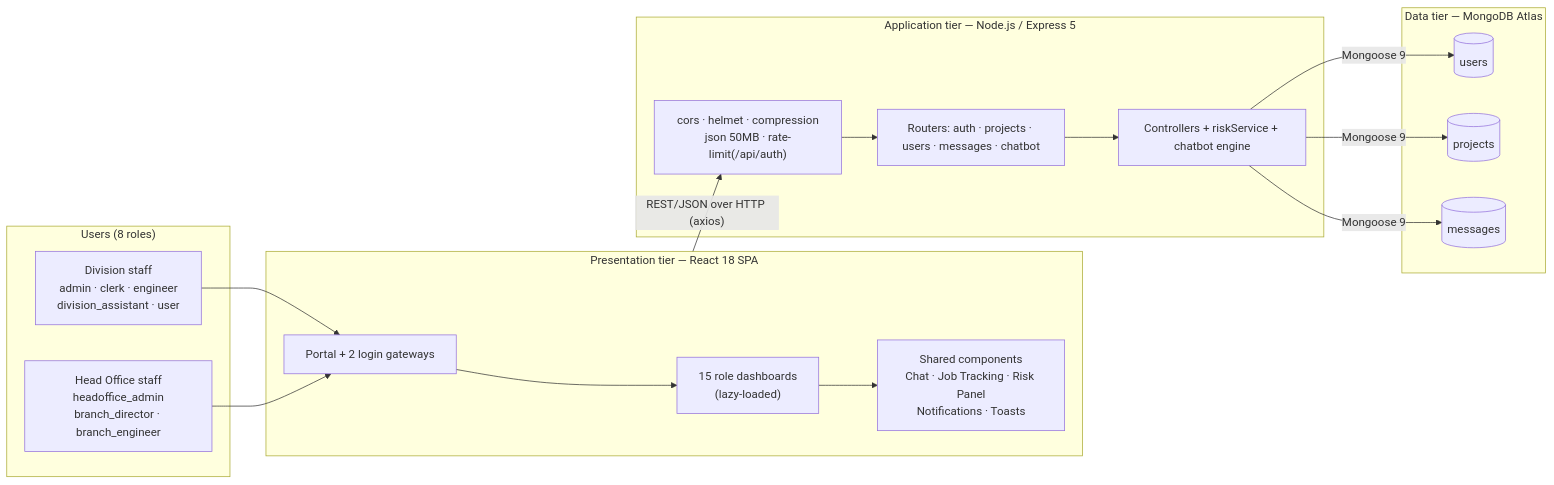
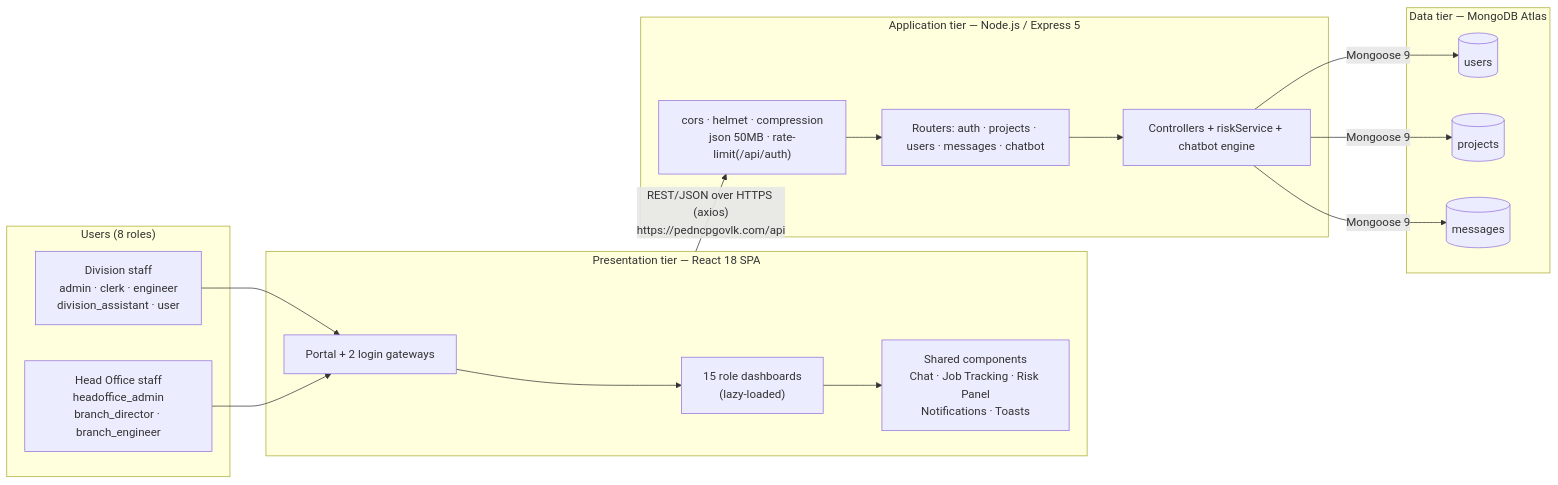
One commit to Project-Managment-System/software-engineering-project changed the first of 8 diagrams in TECHNICAL_DOCUMENTATION_EXTRACTION/15_Diagram_Specifications.md. Above: the diagram before and after it, drawn with Mermaid. The commit also changed other lines of this file and 14 other files, not shown here.

````diff
--- a/TECHNICAL_DOCUMENTATION_EXTRACTION/15_Diagram_Specifications.md
+++ b/TECHNICAL_DOCUMENTATION_EXTRACTION/15_Diagram_Specifications.md
@@ -9,27 +9,27 @@
 ```mermaid
 flowchart LR
   subgraph Users["Users (8 roles)"]
     DIV["Division staff<br/>admin · clerk · engineer<br/>division_assistant · user"]
     HO["Head Office staff<br/>headoffice_admin<br/>branch_director · branch_engineer"]
   end
   subgraph FE["Presentation tier — React 18 SPA"]
     GW["Portal + 2 login gateways"]
     DB1["15 role dashboards<br/>(lazy-loaded)"]
     SH["Shared components<br/>Chat · Job Tracking · Risk Panel<br/>Notifications · Toasts"]
   end
   subgraph BE["Application tier — Node.js / Express 5"]
     MW["cors · helmet · compression<br/>json 50MB · rate-limit(/api/auth)"]
     RT["Routers: auth · projects · users · messages · chatbot"]
     CT["Controllers + riskService + chatbot engine"]
   end
   subgraph DT["Data tier — MongoDB Atlas"]
     C1[(users)]
     C2[(projects)]
     C3[(messages)]
   end
   DIV --> GW
   HO --> GW
   GW --> DB1 --> SH
-  FE -- "REST/JSON over HTTP (axios)" --> MW --> RT --> CT
+  FE -- "REST/JSON over HTTPS (axios)<br/>https://pedncpgovlk.com/api" --> MW --> RT --> CT
   CT -- "Mongoose 9" --> C1 & C2 & C3
 ```
````
